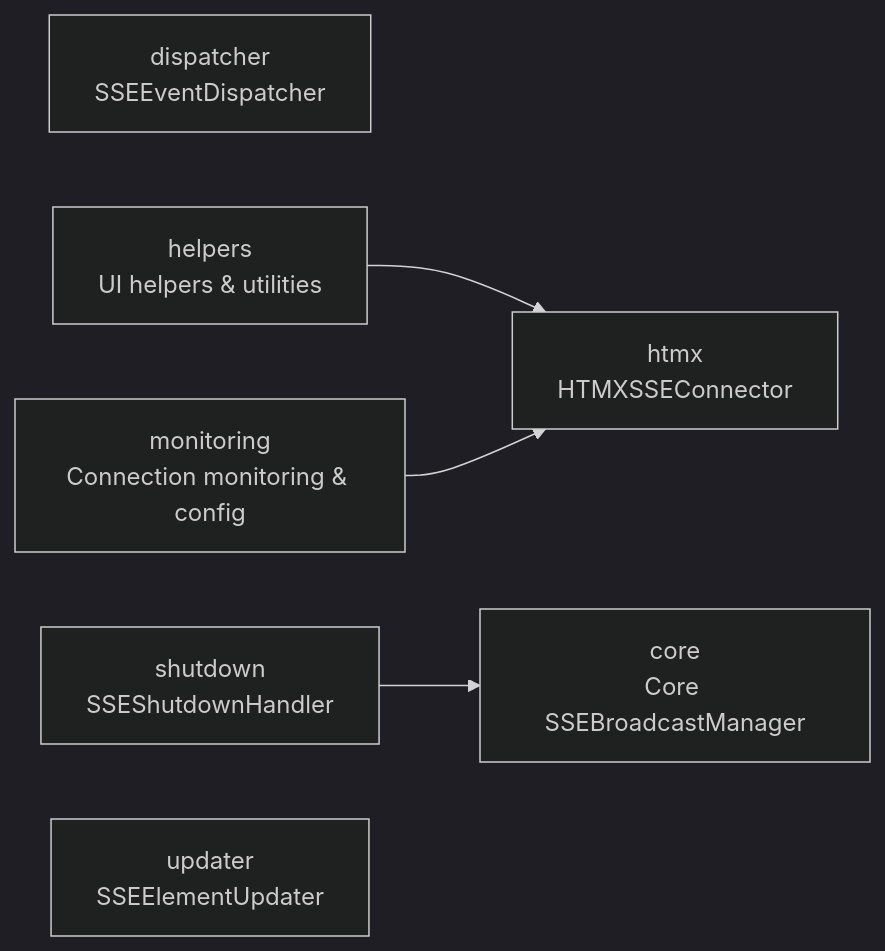
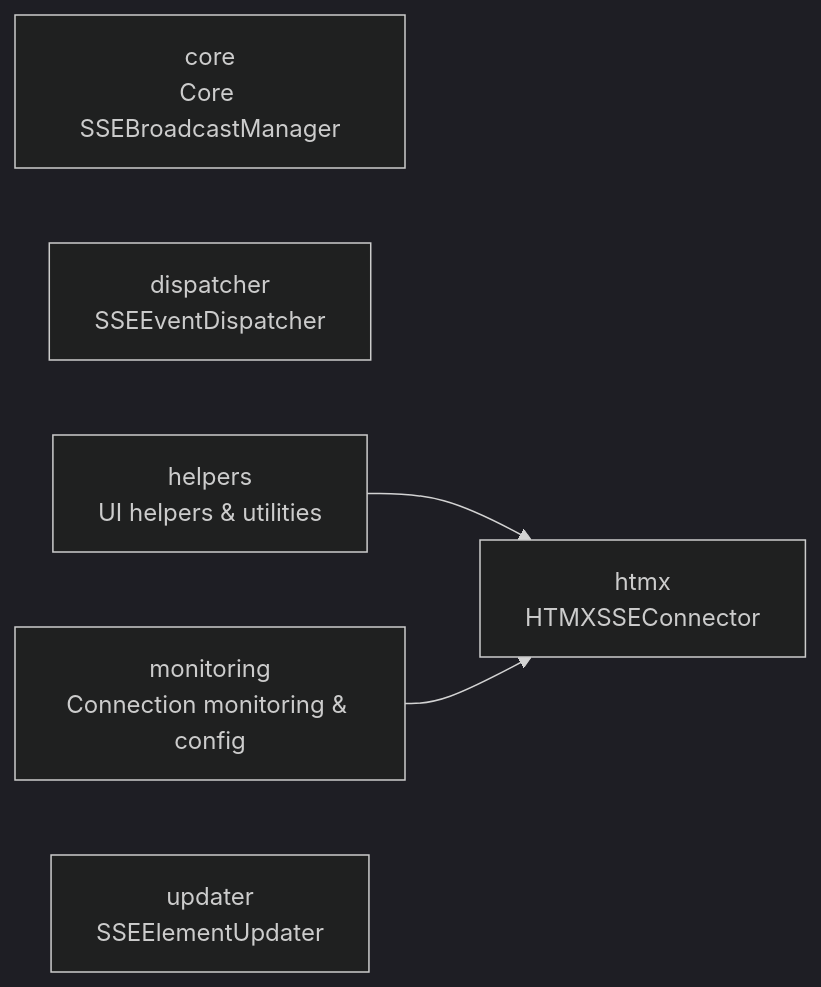
One commit to cj-mills/cjm-fasthtml-sse changed the diagram in README.md. Above: the diagram before and after it, drawn with Mermaid (dark theme). The commit also changed other lines of this file and 6 other files, not shown here.

Commit message:
Remove SSEShutdownHandler.

````diff
--- a/README.md
+++ b/README.md
@@ -27,14 +26,12 @@
 ``` mermaid
 graph LR
     core[core<br/>Core SSEBroadcastManager]
     dispatcher[dispatcher<br/>SSEEventDispatcher]
     helpers[helpers<br/>UI helpers & utilities]
     htmx[htmx<br/>HTMXSSEConnector]
     monitoring[monitoring<br/>Connection monitoring & config]
-    shutdown[shutdown<br/>SSEShutdownHandler]
     updater[updater<br/>SSEElementUpdater]
 
     helpers --> htmx
     monitoring --> htmx
-    shutdown --> core
 ```
````
